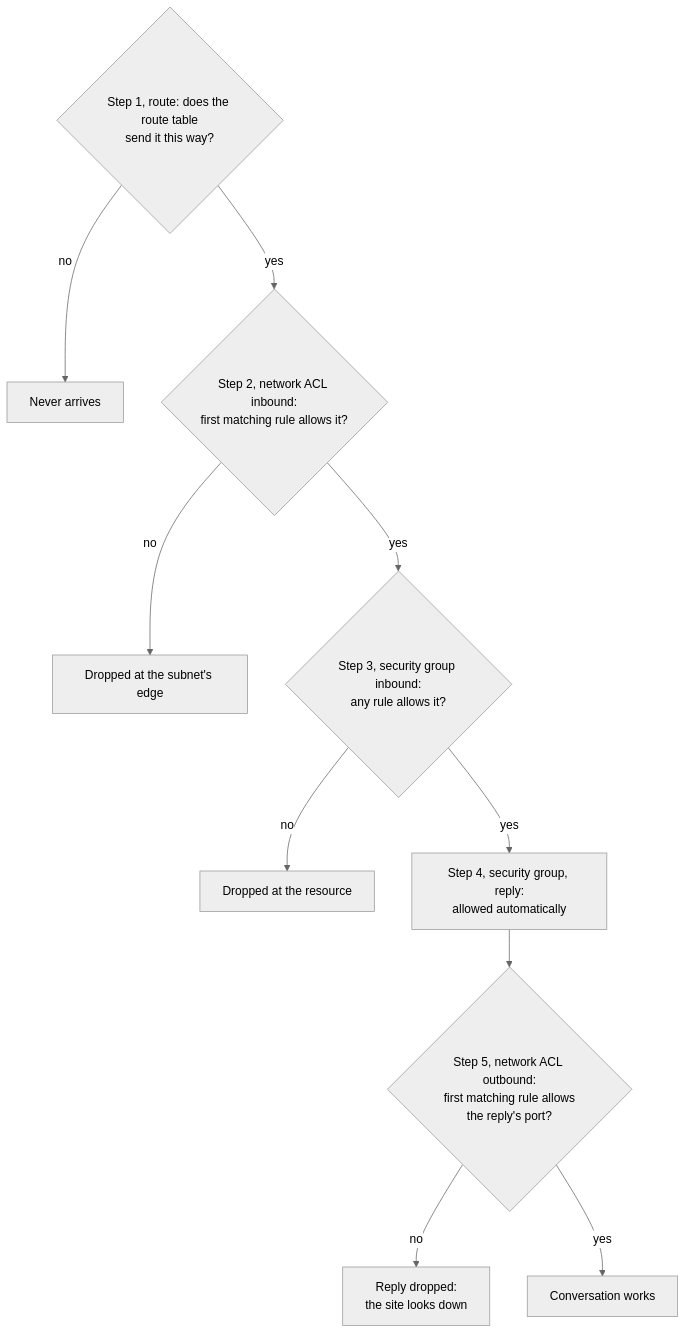
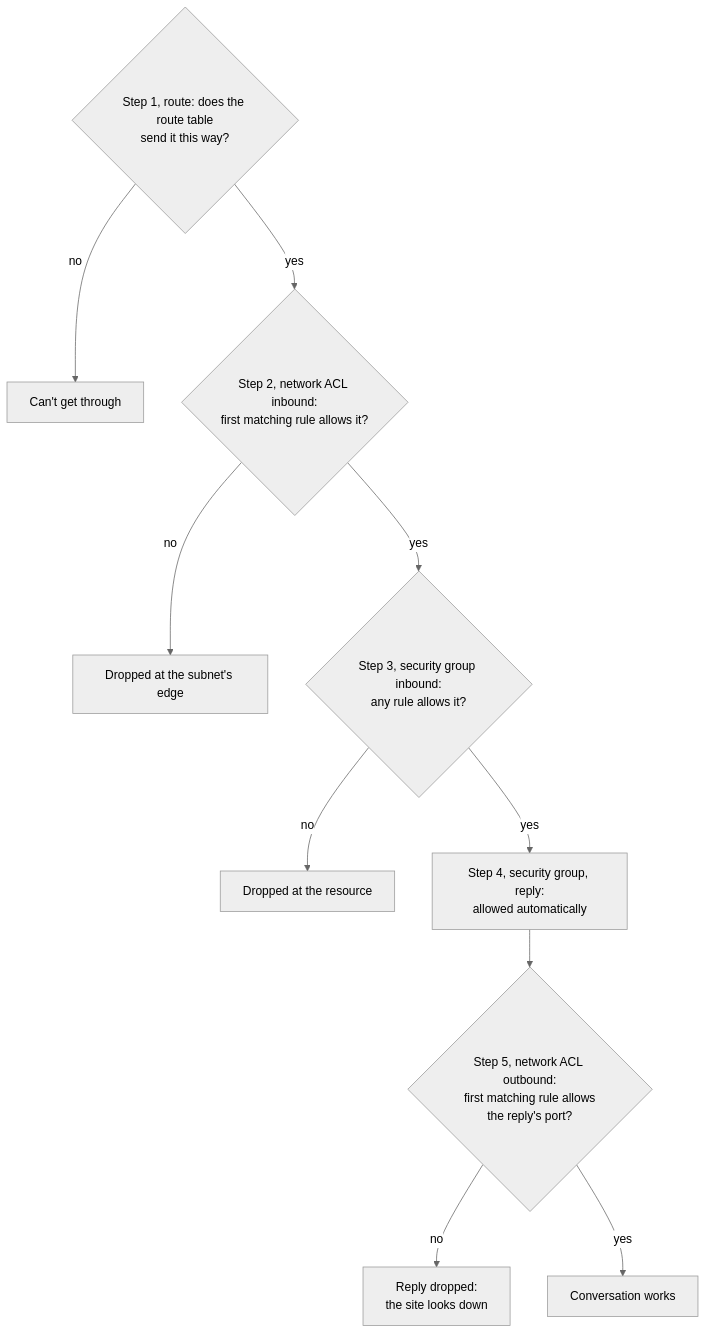
Before and after one commit to AutomateTheCloud/atc-study-aws_certified_cloud_practitioner: the diagram in guide/07-connecting-it/02-filtering-traffic.md, drawn with Mermaid (neutral theme). The commit also changed other lines of this file and 20 other files, not shown here.

````diff
--- a/guide/07-connecting-it/02-filtering-traffic.md
+++ b/guide/07-connecting-it/02-filtering-traffic.md
@@ -209,14 +210,14 @@
 ```mermaid
 flowchart TD
   accTitle: Five checks on a request and its reply
-  accDescr: A request must be sent this way by the route table, allowed by the first matching network ACL inbound rule, and allowed by a security group inbound rule, or it never arrives or is dropped. The security group allows the reply automatically, but the network ACL outbound rules must allow the reply's port, or the reply is dropped and the site looks down. The network ACL is the only check on the reply that can fail.
-  R{"Step 1, route: does the route table<br/>send it this way?"} -->|"no"| X1["Never arrives"]
+  accDescr: A request must be sent this way by the route table, allowed by the first matching network ACL inbound rule, and allowed by a security group inbound rule, or it can't get through or is dropped. The security group allows the reply automatically, but the network ACL outbound rules must allow the reply's port, or the reply is dropped and the site looks down. The network ACL is the only check on the reply that can fail.
+  R{"Step 1, route: does the route table<br/>send it this way?"} -->|"no"| X1["Can't get through"]
   R -->|"yes"| N1{"Step 2, network ACL inbound:<br/>first matching rule allows it?"}
   N1 -->|"no"| X2["Dropped at the subnet's edge"]
   N1 -->|"yes"| S1{"Step 3, security group inbound:<br/>any rule allows it?"}
   S1 -->|"no"| X3["Dropped at the resource"]
   S1 -->|"yes"| S2["Step 4, security group, reply:<br/>allowed automatically"]
   S2 --> N2{"Step 5, network ACL outbound:<br/>first matching rule allows<br/>the reply's port?"}
   N2 -->|"no"| X4["Reply dropped:<br/>the site looks down"]
   N2 -->|"yes"| OK["Conversation works"]
 ```
````
